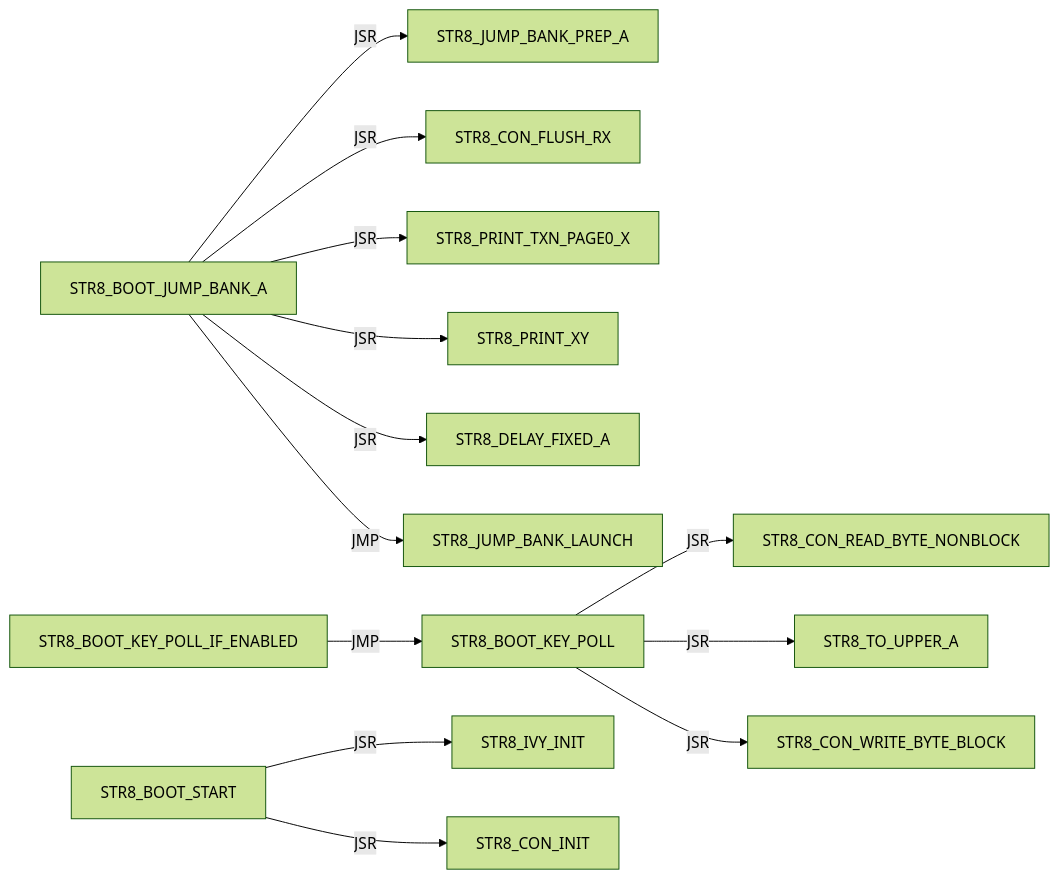
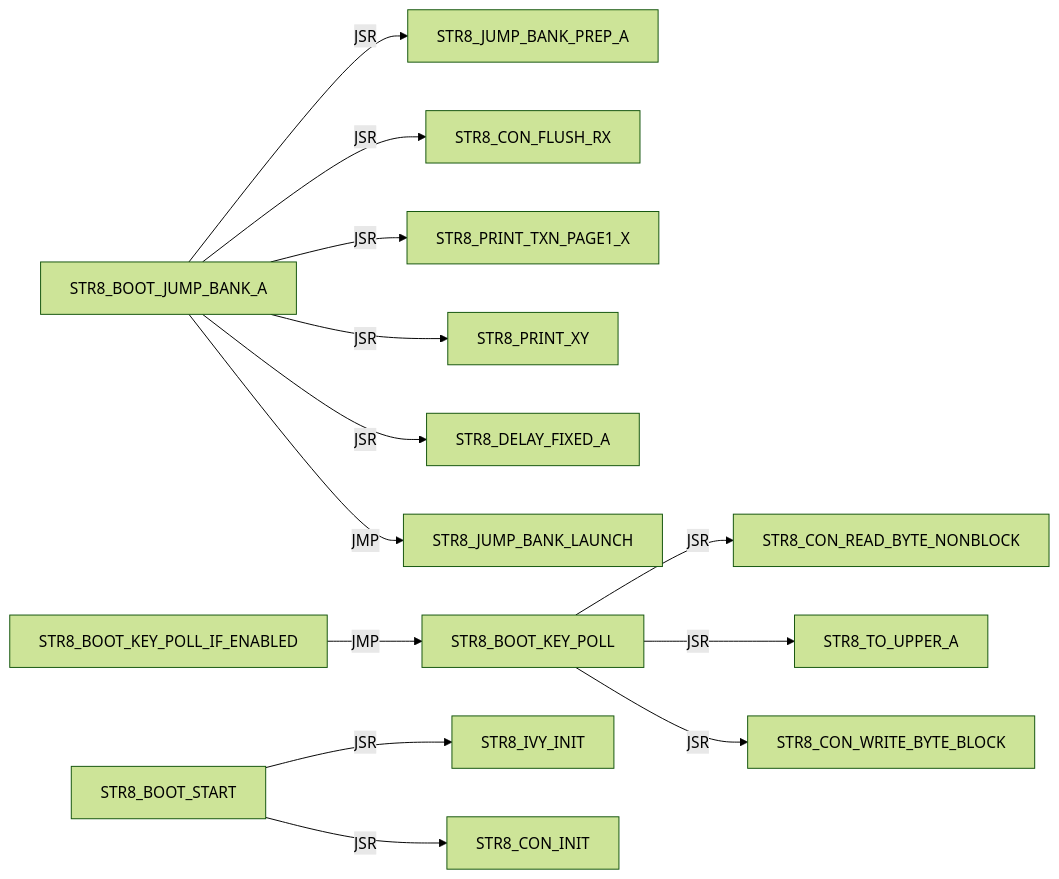
One commit to 95westus/R-YORS changed the sixth of 43 diagrams in DOC/GUIDES/STR8/STR8_EDGE_DUMP.md. Above: the diagram before and after it, drawn with Mermaid (forest theme). The commit also changed other lines of this file and 24 other files, not shown here.

````diff
--- a/DOC/GUIDES/STR8/STR8_EDGE_DUMP.md
+++ b/DOC/GUIDES/STR8/STR8_EDGE_DUMP.md
@@ -95,15 +95,15 @@
 ```mermaid
 flowchart LR
     N0["STR8_BOOT_JUMP_BANK_A"] -->|JSR| N1["STR8_JUMP_BANK_PREP_A"]
     N0["STR8_BOOT_JUMP_BANK_A"] -->|JSR| N2["STR8_CON_FLUSH_RX"]
-    N0["STR8_BOOT_JUMP_BANK_A"] -->|JSR| N3["STR8_PRINT_TXN_PAGE0_X"]
+    N0["STR8_BOOT_JUMP_BANK_A"] -->|JSR| N3["STR8_PRINT_TXN_PAGE1_X"]
     N0["STR8_BOOT_JUMP_BANK_A"] -->|JSR| N4["STR8_PRINT_XY"]
     N0["STR8_BOOT_JUMP_BANK_A"] -->|JSR| N5["STR8_DELAY_FIXED_A"]
     N0["STR8_BOOT_JUMP_BANK_A"] -->|JMP| N6["STR8_JUMP_BANK_LAUNCH"]
     N7["STR8_BOOT_KEY_POLL"] -->|JSR| N8["STR8_CON_READ_BYTE_NONBLOCK"]
     N7["STR8_BOOT_KEY_POLL"] -->|JSR| N9["STR8_TO_UPPER_A"]
     N7["STR8_BOOT_KEY_POLL"] -->|JSR| N10["STR8_CON_WRITE_BYTE_BLOCK"]
     N11["STR8_BOOT_KEY_POLL_IF_ENABLED"] -->|JMP| N7["STR8_BOOT_KEY_POLL"]
     N12["STR8_BOOT_START"] -->|JSR| N13["STR8_IVY_INIT"]
     N12["STR8_BOOT_START"] -->|JSR| N14["STR8_CON_INIT"]
 ```
````
